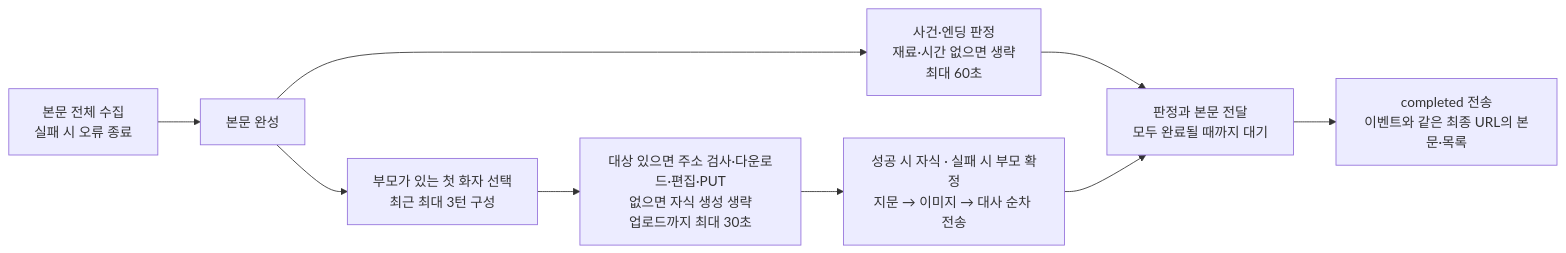
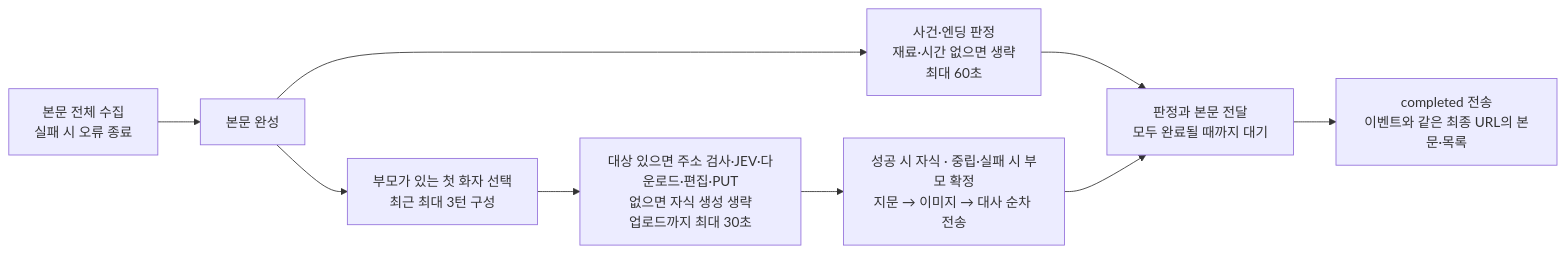
One commit to KIM-N-KANG/knk-harness changed the second of 2 diagrams in docs/design/3-ai-server-design.md. Above: the diagram before and after it, drawn with Mermaid. The commit also changed other lines of this file and 2 other files, not shown here.

Commit message:
[KNK-1463] Docs: JEV 채팅 이미지 생성 명세와 설계 반영

````diff
--- a/docs/design/3-ai-server-design.md
+++ b/docs/design/3-ai-server-design.md
@@ -121,11 +130,11 @@
 ```mermaid
 flowchart LR
     BODY["본문 전체 수집<br/>실패 시 오류 종료"] --> READY["본문 완성"]
     READY --> J["사건·엔딩 판정<br/>재료·시간 없으면 생략<br/>최대 60초"]
     READY --> SELECT["부모가 있는 첫 화자 선택<br/>최근 최대 3턴 구성"]
-    SELECT --> I["대상 있으면 주소 검사·다운로드·편집·PUT<br/>없으면 자식 생성 생략<br/>업로드까지 최대 30초"]
-    I --> EVENTS["성공 시 자식 · 실패 시 부모 확정<br/>지문 → 이미지 → 대사 순차 전송"]
+    SELECT --> I["대상 있으면 주소 검사·JEV·다운로드·편집·PUT<br/>없으면 자식 생성 생략<br/>업로드까지 최대 30초"]
+    I --> EVENTS["성공 시 자식 · 중립·실패 시 부모 확정<br/>지문 → 이미지 → 대사 순차 전송"]
     J --> JOIN["판정과 본문 전달<br/>모두 완료될 때까지 대기"]
     EVENTS --> JOIN
     JOIN --> COMPLETE["completed 전송<br/>이벤트와 같은 최종 URL의 본문·목록"]
 ```
````
